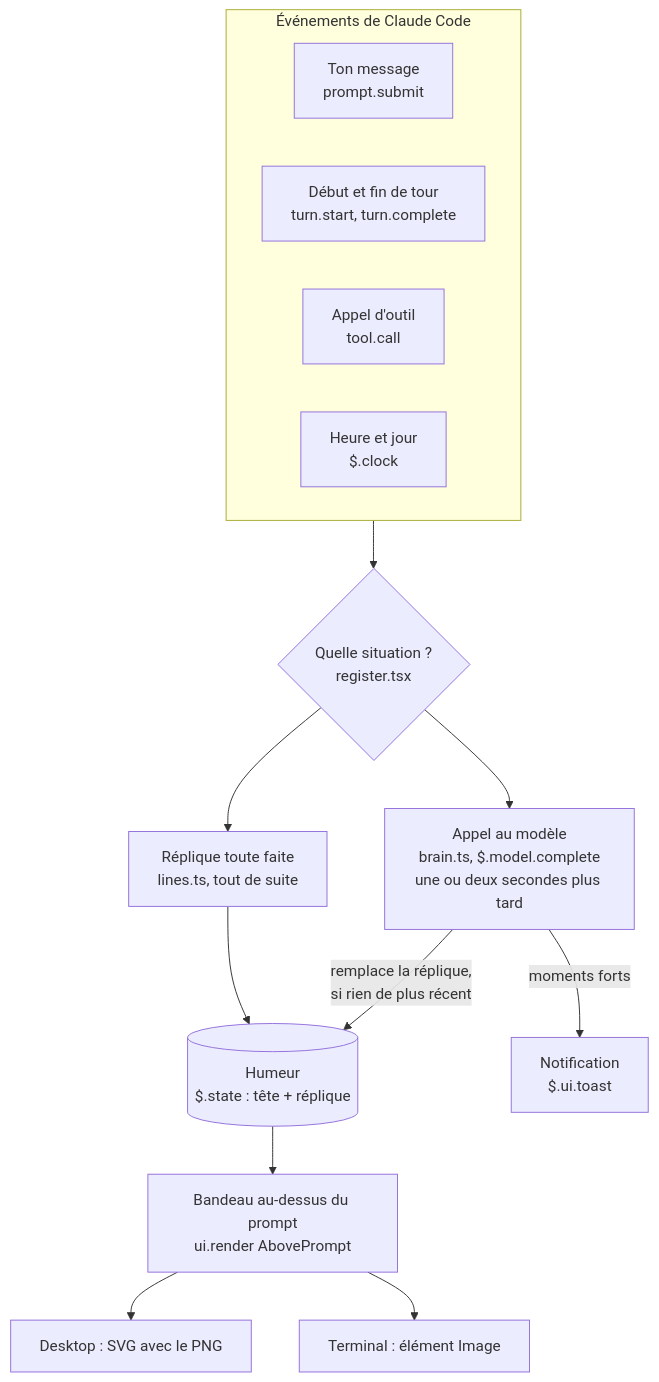
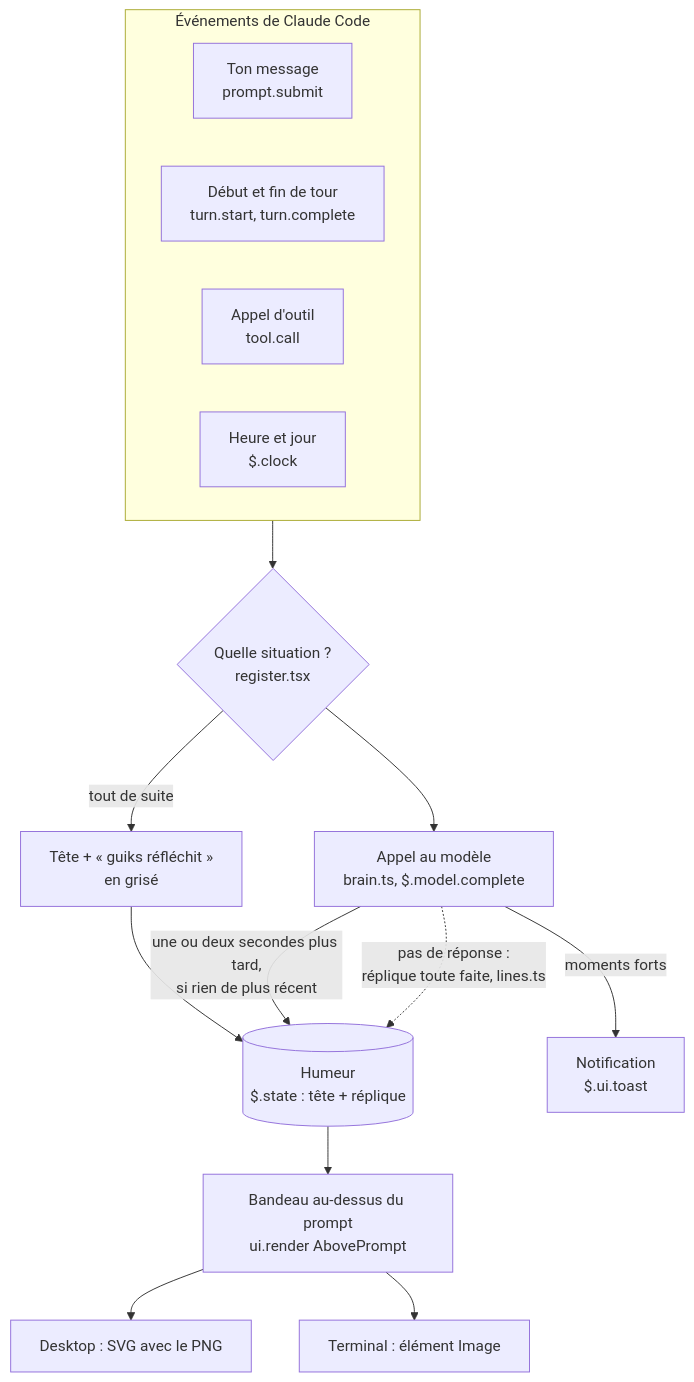
Before and after one commit to yluom/guiks-o-metre: the diagram in README.md, drawn with Mermaid. The commit also changed other lines of this file and 7 other files, not shown here.

Commit message:
Guiks réfléchit en attendant le modèle, plus de réplique remplacée

````diff
--- a/README.md
+++ b/README.md
@@ -119,19 +120,20 @@
 ```mermaid
 flowchart TB
   subgraph E["Événements de Claude Code"]
     direction LR
     P["Ton message<br/>prompt.submit"]
     T["Début et fin de tour<br/>turn.start, turn.complete"]
     O["Appel d'outil<br/>tool.call"]
     H["Heure et jour<br/>$.clock"]
   end
   E --> C{"Quelle situation ?<br/>register.tsx"}
-  C --> L["Réplique toute faite<br/>lines.ts, tout de suite"]
-  C --> B["Appel au modèle<br/>brain.ts, $.model.complete<br/>une ou deux secondes plus tard"]
-  L --> S[("Humeur<br/>$.state : tête + réplique")]
-  B -- "remplace la réplique,<br/>si rien de plus récent" --> S
+  C -- "tout de suite" --> W["Tête + « guiks réfléchit »<br/>en grisé"]
+  C --> B["Appel au modèle<br/>brain.ts, $.model.complete"]
+  W --> S[("Humeur<br/>$.state : tête + réplique")]
+  B -- "une ou deux secondes plus tard,<br/>si rien de plus récent" --> S
+  B -. "pas de réponse :<br/>réplique toute faite, lines.ts" .-> S
   B -- "moments forts" --> N["Notification<br/>$.ui.toast"]
   S --> R["Bandeau au-dessus du prompt<br/>ui.render AbovePrompt"]
   R --> D["Desktop : SVG avec le PNG"]
   R --> X["Terminal : élément Image"]
 ```
````
